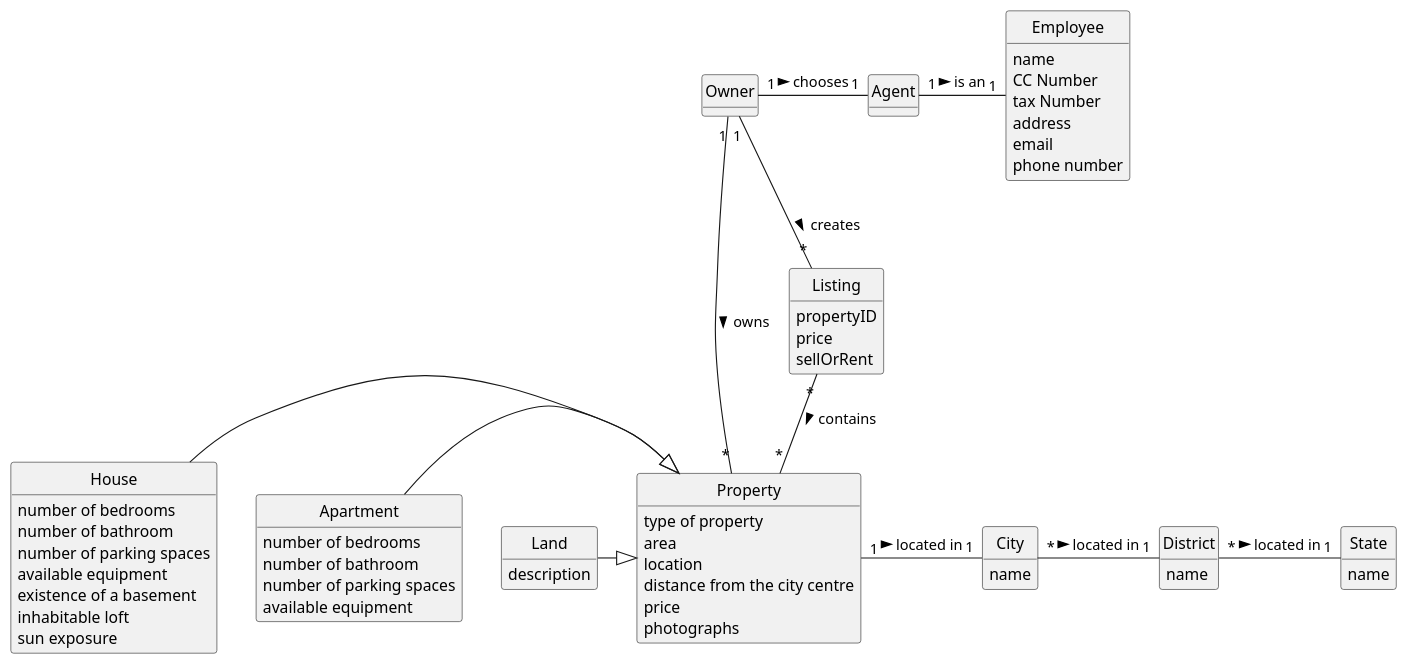
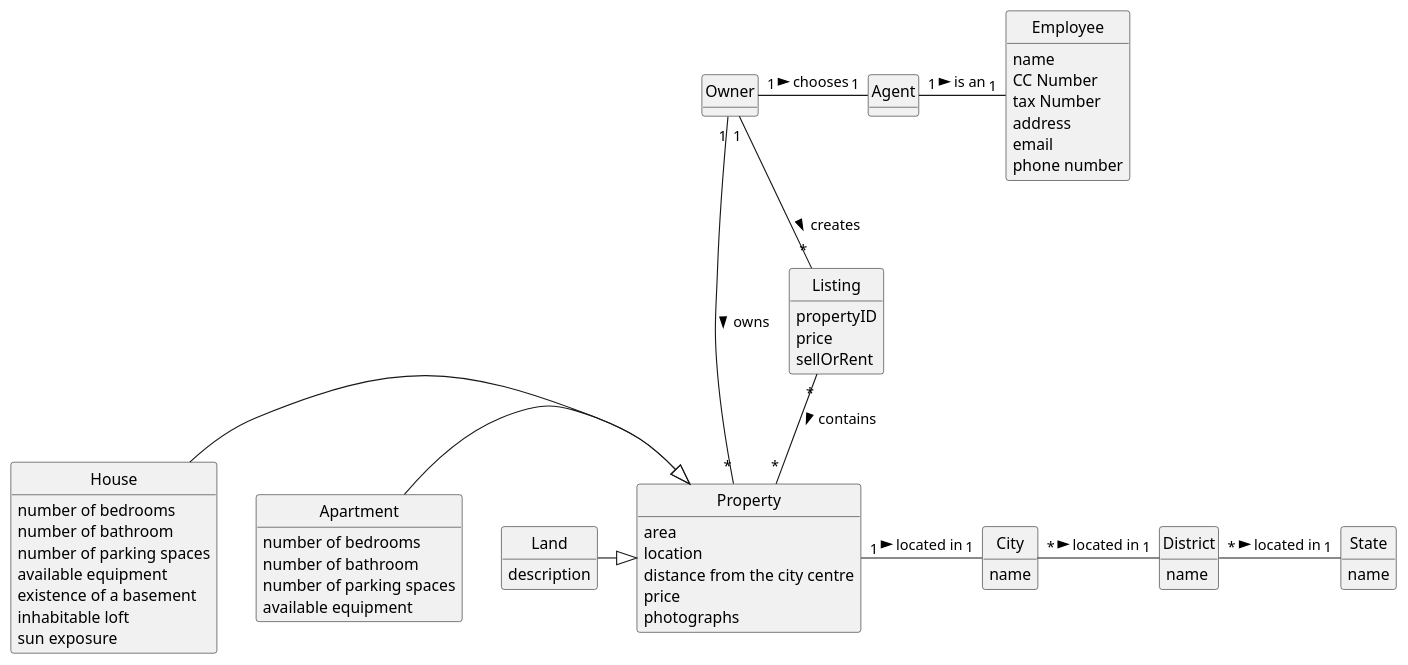
Before and after one commit to tiagohcorreia/LAPR2: the diagram in docs/sprintB/US004/02.analysis/puml/US004-Domain-Model.puml, drawn with PlantUML.

Commit message:
US04- DM update

```diff
--- a/docs/sprintB/US004/02.analysis/puml/US004-Domain-Model.puml
+++ b/docs/sprintB/US004/02.analysis/puml/US004-Domain-Model.puml
@@ -1,95 +1,94 @@
 @startuml
 skinparam monochrome true
 skinparam packageStyle rectangle
 skinparam shadowing false
 
 'left to right direction
 
 skinparam classAttributeIconSize 0
 
 hide circle
 hide methods
 
 'title Domain Model
 
 'class Platform {
 '  -description
 '}
 
 class Owner {
 }
 class Agent{
 
 }
 class Employee{
     name
     CC Number
     tax Number
     address
     email
     phone number
 }
 class Listing{
     propertyID
     price
     sellOrRent
 
 }
 class Property {
-     type of property
      area
      location
      distance from the city centre
      price
      photographs
 }
 class House {
      number of bedrooms
      number of bathroom
      number of parking spaces
      available equipment
      existence of a basement
      inhabitable loft
      sun exposure
 }
 
 class Apartment {
      number of bedrooms
      number of bathroom
      number of parking spaces
      available equipment
 }
 class Land {
      description
 }
 
 class City{
     name
 }
 class District{
     name
 }
 class State{
     name
 }
 
 
 
 Listing "*" -- "*" Property: contains >
 Owner "1" -- "*" Listing: creates >
 Owner "1" -- "*" Property: owns >
 House -|> Property
 Apartment -|> Property
 Land -|> Property
 Property "1" - "1" City: located in >
 City "*" - "1" District: located in >
 District "*" - "1" State: located in >
 Owner "1" - "1" Agent: chooses >
 Agent "1" - "1" Employee: is an >
 
 
 
 
 
 
 @enduml
```
